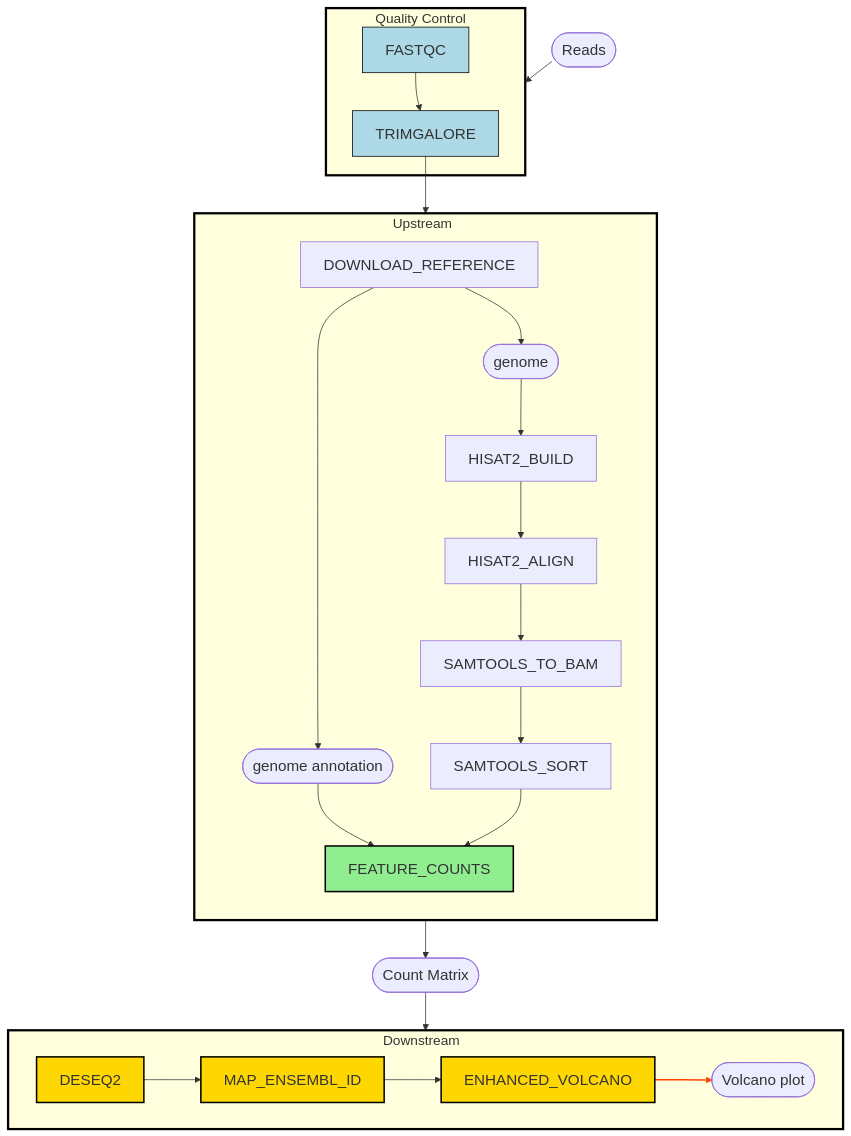
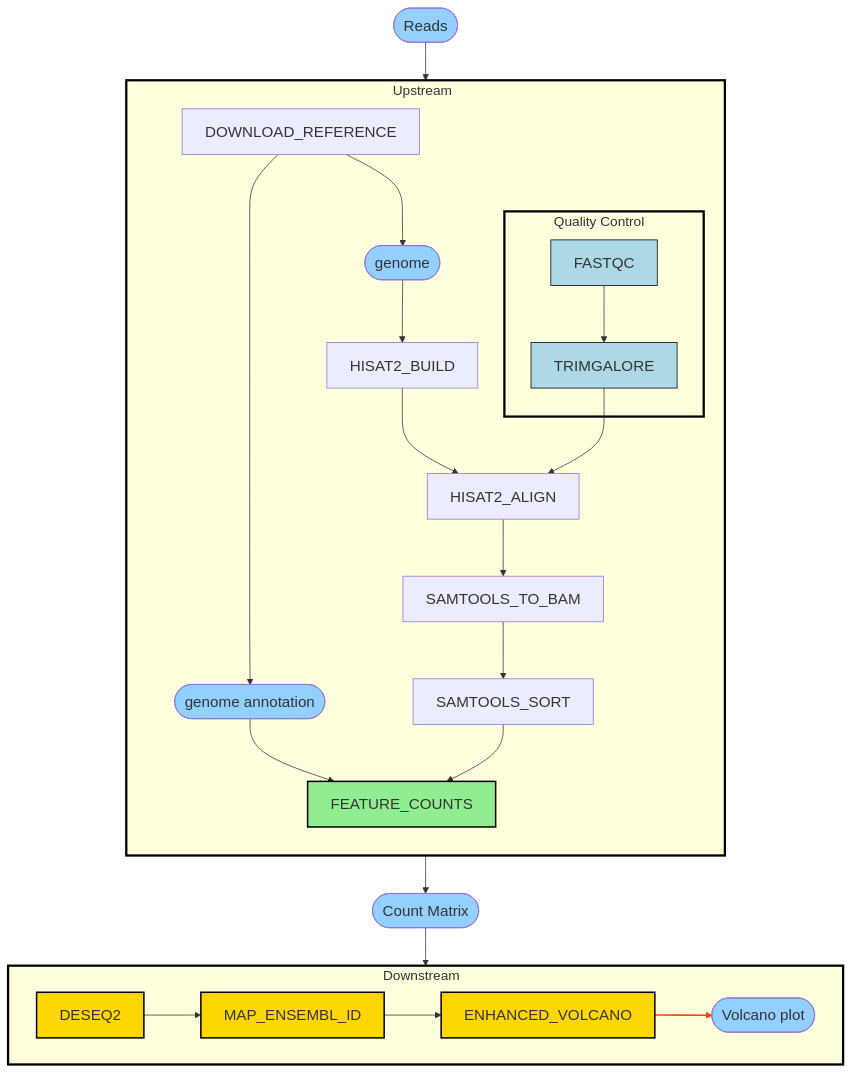
Before and after one commit to tonyliang19/biof501-project: the diagram in README.md, drawn with Mermaid.

Commit message:
add colors to input output

````diff
--- a/README.md
+++ b/README.md
@@ -29,69 +29,77 @@
 ```mermaid
     %%{
     init: {
         'themeVariables': {
           'primaryColor': '#93D0FF',
           'primaryTextColor': '#000',
           'fontSize': '20px',
           'fontFamily': 'Arial'
         }
       }
     }%%
     flowchart TB
     subgraph qc["Quality Control"]
             TRIMGALORE["TRIMGALORE"]
             FASTQC["FASTQC"]
     end
     subgraph upstream["Upstream"]
         direction TB
+            qc
             GENOME(["genome"])
             DOWNLOAD_REFERENCE["DOWNLOAD_REFERENCE"]
             GENOME_ANNOTATION(["genome annotation"])
             HISAT2_BUILD["HISAT2_BUILD"]
             FEATURE_COUNTS["FEATURE_COUNTS"]
             HISAT2_ALIGN["HISAT2_ALIGN"]
             SAMTOOLS_TO_BAM["SAMTOOLS_TO_BAM"]
             SAMTOOLS_SORT["SAMTOOLS_SORT"]
     end
     subgraph downstream["Downstream"]
         direction LR
             MAP_ENSEMBL_ID["MAP_ENSEMBL_ID"]
             DESEQ2["DESEQ2"]
             ENHANCED_VOLCANO["ENHANCED_VOLCANO"] --> volcano(["Volcano plot"])
     end
         FASTQC --> TRIMGALORE
         DOWNLOAD_REFERENCE --> GENOME & GENOME_ANNOTATION
         GENOME --> HISAT2_BUILD
         GENOME_ANNOTATION --> FEATURE_COUNTS
         HISAT2_BUILD --> HISAT2_ALIGN
         HISAT2_ALIGN --> SAMTOOLS_TO_BAM
         SAMTOOLS_TO_BAM --> SAMTOOLS_SORT
         SAMTOOLS_SORT --> FEATURE_COUNTS
         DESEQ2 --> MAP_ENSEMBL_ID
         MAP_ENSEMBL_ID --> ENHANCED_VOLCANO
         reads(["Reads"]) --> qc
         TRIMGALORE --> HISAT2_ALIGN
         FEATURE_COUNTS --> count(["Count Matrix"])
         count --> downstream
 
 
     %% Some other custom styling
 
     %% Font sizes
 
     style downstream font-size:18px,stroke:#000,stroke-width:3px
     style upstream font-size:18px,stroke:#000,stroke-width:3px
     style qc font-size:18px,stroke:#000,stroke-width:3px
 
     %% Colorings
     style TRIMGALORE fill:#ADD8E6,stroke:#000,stroke-width:1px
     style FASTQC fill:#ADD8E6,stroke:#000,stroke-width:1px
     style FEATURE_COUNTS fill:#90EE90,stroke:#000,stroke-width:2px
     style DESEQ2 fill:#FFD700,stroke:#000,stroke-width:2px
     style MAP_ENSEMBL_ID fill:#FFD700,stroke:#000,stroke-width:2px
     style ENHANCED_VOLCANO fill:#FFD700,stroke:#000,stroke-width:2px
+
+    %% Colors for inputs
+    style reads fill:#93D0FF
+    style GENOME fill:#93D0FF
+    style GENOME_ANNOTATION fill:#93D0FF
+    style count fill:#93D0FF
+    style volcano fill:#93D0FF
     %% This the link for line from fastqc to trimgalor
     linkStyle 0 stroke:#FF4500,stroke-width:2px
 
 
 ```
````
